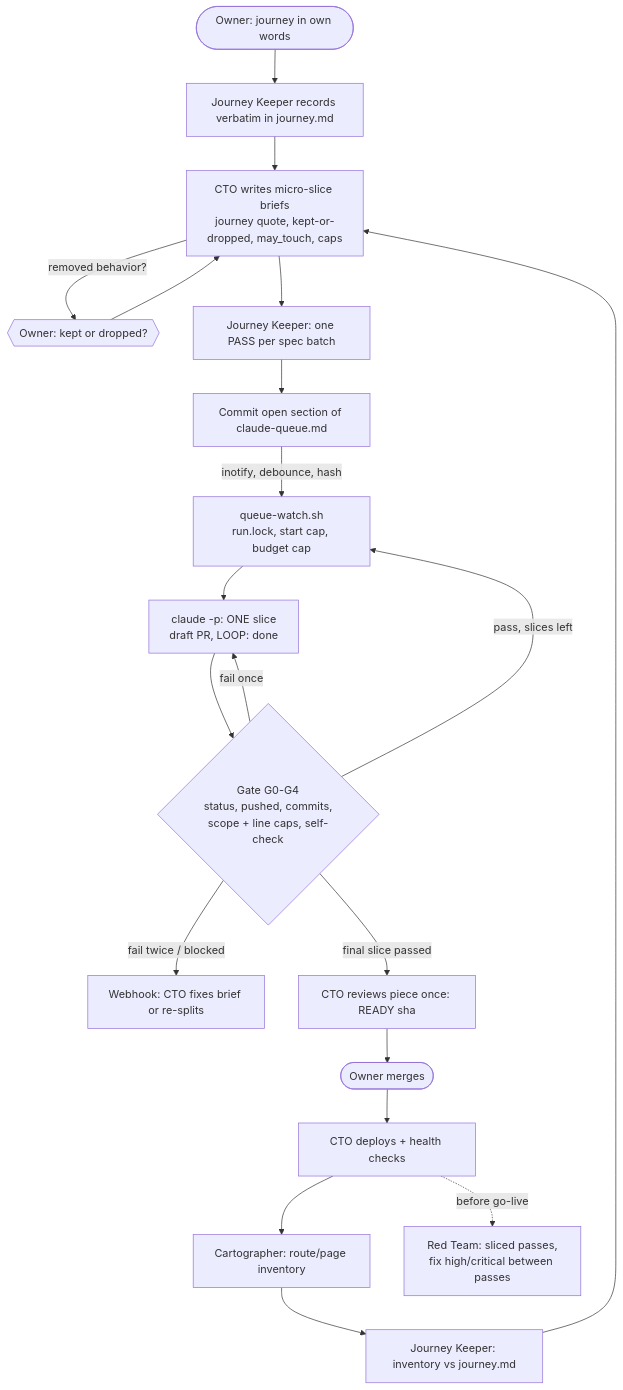
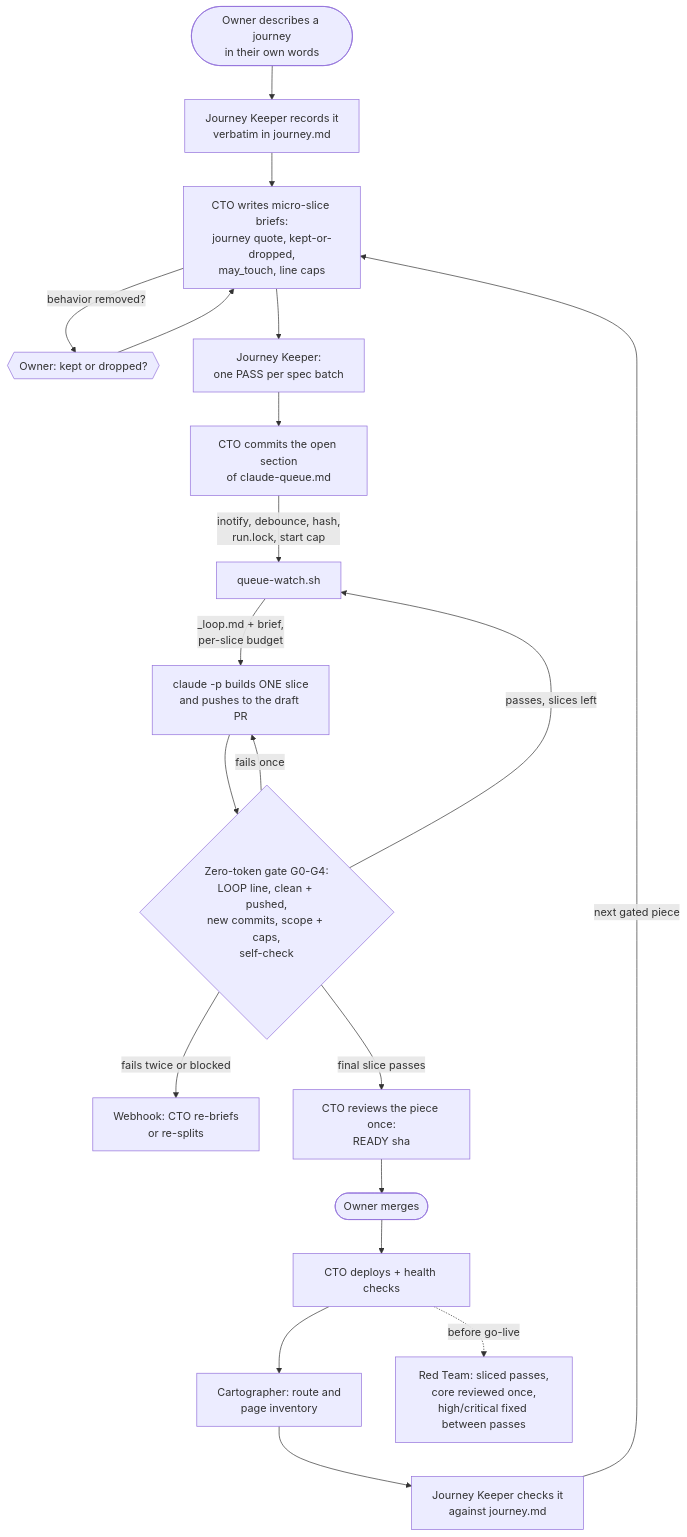
The diagram in README.md (NoxiMoxi/noxibuilds-workshop), drawn with Mermaid before and after one commit. The commit also changed other lines of this file and 1 other file, not shown here.

````diff
--- a/README.md
+++ b/README.md
@@ -23,22 +65,22 @@
 ```mermaid
 flowchart TD
-    O([Owner: journey in own words]) --> JK[Journey Keeper records verbatim in journey.md]
-    JK --> CTO[CTO writes micro-slice briefs<br/>journey quote, kept-or-dropped, may_touch, caps]
-    CTO -->|removed behavior?| KD{{Owner: kept or dropped?}}
+    O([Owner describes a journey<br/>in their own words]) --> JK[Journey Keeper records it<br/>verbatim in journey.md]
+    JK --> CTO[CTO writes micro-slice briefs:<br/>journey quote, kept-or-dropped,<br/>may_touch, line caps]
+    CTO -->|behavior removed?| KD{{Owner: kept or dropped?}}
     KD --> CTO
-    CTO --> JKC[Journey Keeper: one PASS per spec batch]
-    JKC --> Q[Commit open section of claude-queue.md]
-    Q -->|inotify, debounce, hash| W[queue-watch.sh<br/>run.lock, start cap, budget cap]
-    W --> C[claude -p: ONE slice<br/>draft PR, LOOP: done]
-    C --> G{Gate G0-G4<br/>status, pushed, commits,<br/>scope + line caps, self-check}
-    G -->|fail once| C
-    G -->|fail twice / blocked| N[Webhook: CTO fixes brief or re-splits]
-    G -->|pass, slices left| W
-    G -->|final slice passed| R[CTO reviews piece once: READY sha]
-    R --> M([Owner merges])
+    CTO --> JKC[Journey Keeper:<br/>one PASS per spec batch]
+    JKC --> Q[CTO commits the open section<br/>of claude-queue.md]
+    Q -->|inotify, debounce, hash,<br/>run.lock, start cap| W[queue-watch.sh]
+    W -->|_loop.md + brief,<br/>per-slice budget| C[claude -p builds ONE slice<br/>and pushes to the draft PR]
+    C --> G{Zero-token gate G0-G4:<br/>LOOP line, clean + pushed,<br/>new commits, scope + caps,<br/>self-check}
+    G -->|fails once| C
+    G -->|fails twice or blocked| N[Webhook: CTO re-briefs<br/>or re-splits]
+    G -->|passes, slices left| W
+    G -->|final slice passes| PR[CTO reviews the piece once:<br/>READY sha]
+    PR --> M([Owner merges])
     M --> D[CTO deploys + health checks]
-    D --> INV[Cartographer: route/page inventory]
-    INV --> JKI[Journey Keeper: inventory vs journey.md]
-    JKI --> CTO
-    D -.->|before go-live| RT[Red Team: sliced passes,<br/>fix high/critical between passes]
+    D --> INV[Cartographer: route and<br/>page inventory]
+    INV --> JKI[Journey Keeper checks it<br/>against journey.md]
+    JKI -->|next gated piece| CTO
+    D -. before go-live .-> RT[Red Team: sliced passes,<br/>core reviewed once,<br/>high/critical fixed between passes]
 ```
````
